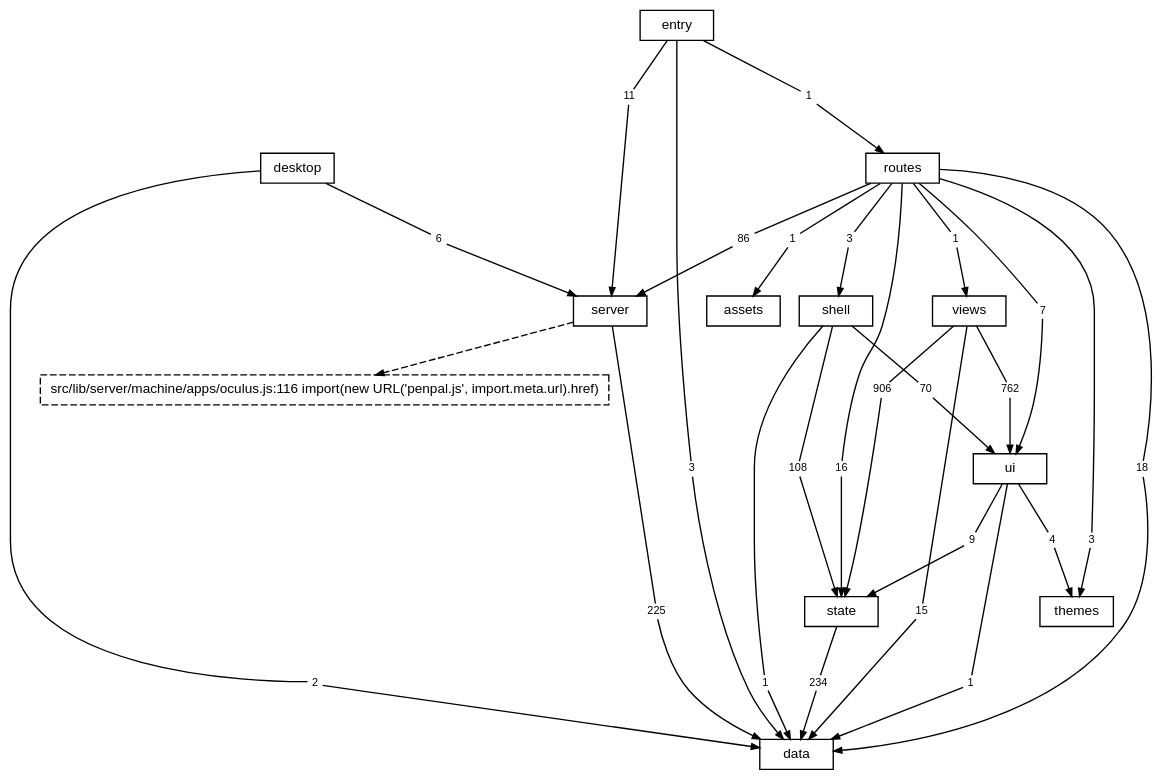
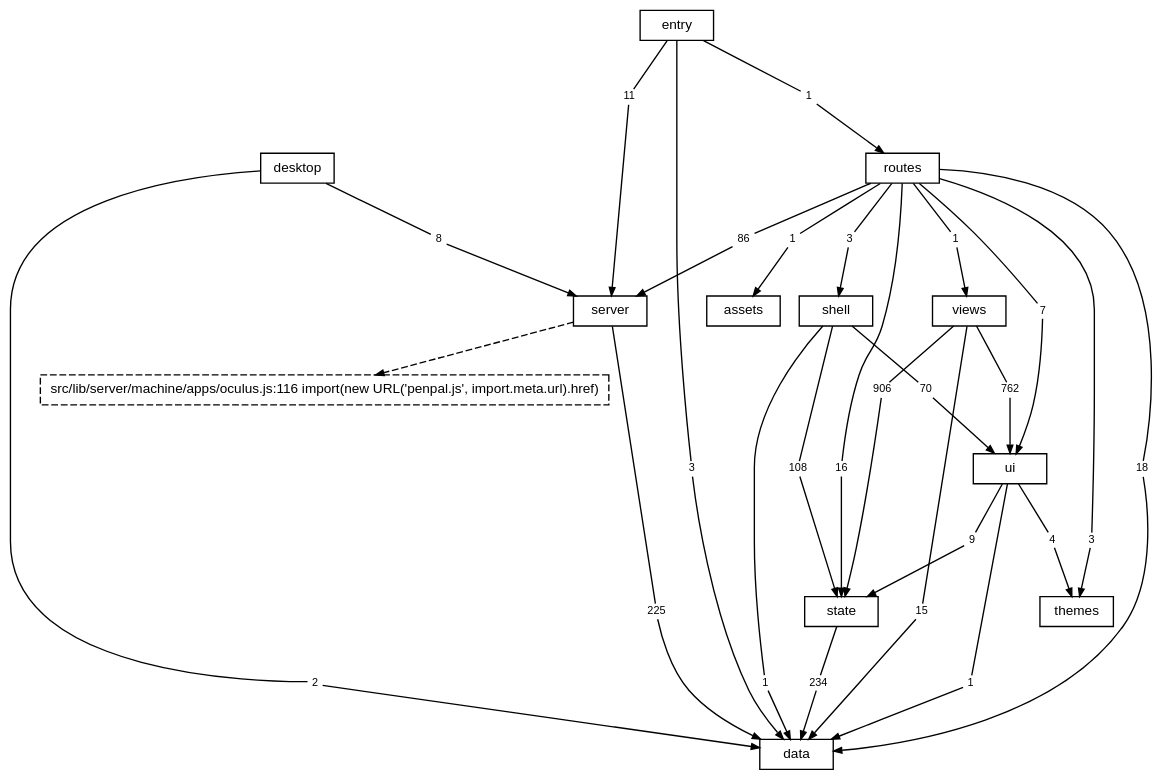
Before and after one commit to TheAxeC/oculus: the diagram in docs/diagrams/layers.dot, drawn with Graphviz. The commit also changed 32 other files, not shown here.

```diff
--- a/docs/diagrams/layers.dot
+++ b/docs/diagrams/layers.dot
@@ -1,90 +1,90 @@
 digraph layers {
     graph [bgcolor="transparent", rankdir=TB, newrank=true, fontname="Helvetica,Arial,sans-serif", fontsize=12, nodesep=0.2, ranksep=0.5];
     node [shape=box, color="black", fontcolor="black", fontname="Helvetica,Arial,sans-serif", fontsize=10, height=0.3, margin="0.12,0.04"];
     edge [color="black", fontcolor="black", fontname="Helvetica,Arial,sans-serif", fontsize=8, arrowsize=0.6];
     "data";
     "server";
     "state";
     "ui";
     "shell";
     "views";
     "themes";
     "routes";
     "desktop";
     "src" [label="entry"];
     "files: assets" [label="assets"];
     "? src/lib/server/machine/apps/oculus.js:116" [label="src/lib/server/machine/apps/oculus.js:116 import(new URL('penpal.js', import.meta.url).href)", style=dashed];
     "desktop to data" [label="2", shape=box, color="transparent", fontsize=8, width=0, height=0, margin="0.04,0.02"];
     "desktop" -> "desktop to data" [arrowhead=none];
     "desktop to data" -> "data" [];
-    "desktop to server" [label="6", shape=box, color="transparent", fontsize=8, width=0, height=0, margin="0.04,0.02"];
+    "desktop to server" [label="8", shape=box, color="transparent", fontsize=8, width=0, height=0, margin="0.04,0.02"];
     "desktop" -> "desktop to server" [arrowhead=none];
     "desktop to server" -> "server" [];
     "routes to data" [label="18", shape=box, color="transparent", fontsize=8, width=0, height=0, margin="0.04,0.02"];
     "routes" -> "routes to data" [arrowhead=none];
     "routes to data" -> "data" [];
     "routes to files: assets" [label="1", shape=box, color="transparent", fontsize=8, width=0, height=0, margin="0.04,0.02"];
     "routes" -> "routes to files: assets" [arrowhead=none];
     "routes to files: assets" -> "files: assets" [];
     "routes to server" [label="86", shape=box, color="transparent", fontsize=8, width=0, height=0, margin="0.04,0.02"];
     "routes" -> "routes to server" [arrowhead=none];
     "routes to server" -> "server" [];
     "routes to shell" [label="3", shape=box, color="transparent", fontsize=8, width=0, height=0, margin="0.04,0.02"];
     "routes" -> "routes to shell" [arrowhead=none];
     "routes to shell" -> "shell" [];
     "routes to state" [label="16", shape=box, color="transparent", fontsize=8, width=0, height=0, margin="0.04,0.02"];
     "routes" -> "routes to state" [arrowhead=none];
     "routes to state" -> "state" [];
     "routes to themes" [label="3", shape=box, color="transparent", fontsize=8, width=0, height=0, margin="0.04,0.02"];
     "routes" -> "routes to themes" [arrowhead=none];
     "routes to themes" -> "themes" [];
     "routes to ui" [label="7", shape=box, color="transparent", fontsize=8, width=0, height=0, margin="0.04,0.02"];
     "routes" -> "routes to ui" [arrowhead=none];
     "routes to ui" -> "ui" [];
     "routes to views" [label="1", shape=box, color="transparent", fontsize=8, width=0, height=0, margin="0.04,0.02"];
     "routes" -> "routes to views" [arrowhead=none];
     "routes to views" -> "views" [];
     "server to data" [label="225", shape=box, color="transparent", fontsize=8, width=0, height=0, margin="0.04,0.02"];
     "server" -> "server to data" [arrowhead=none];
     "server to data" -> "data" [];
     "shell to data" [label="1", shape=box, color="transparent", fontsize=8, width=0, height=0, margin="0.04,0.02"];
     "shell" -> "shell to data" [arrowhead=none];
     "shell to data" -> "data" [];
     "shell to state" [label="108", shape=box, color="transparent", fontsize=8, width=0, height=0, margin="0.04,0.02"];
     "shell" -> "shell to state" [arrowhead=none];
     "shell to state" -> "state" [];
     "shell to ui" [label="70", shape=box, color="transparent", fontsize=8, width=0, height=0, margin="0.04,0.02"];
     "shell" -> "shell to ui" [arrowhead=none];
     "shell to ui" -> "ui" [];
     "src to data" [label="3", shape=box, color="transparent", fontsize=8, width=0, height=0, margin="0.04,0.02"];
     "src" -> "src to data" [arrowhead=none];
     "src to data" -> "data" [];
     "src to routes" [label="1", shape=box, color="transparent", fontsize=8, width=0, height=0, margin="0.04,0.02"];
     "src" -> "src to routes" [arrowhead=none];
     "src to routes" -> "routes" [];
     "src to server" [label="11", shape=box, color="transparent", fontsize=8, width=0, height=0, margin="0.04,0.02"];
     "src" -> "src to server" [arrowhead=none];
     "src to server" -> "server" [];
     "state to data" [label="234", shape=box, color="transparent", fontsize=8, width=0, height=0, margin="0.04,0.02"];
     "state" -> "state to data" [arrowhead=none];
     "state to data" -> "data" [];
     "ui to data" [label="1", shape=box, color="transparent", fontsize=8, width=0, height=0, margin="0.04,0.02"];
     "ui" -> "ui to data" [arrowhead=none];
     "ui to data" -> "data" [];
     "ui to state" [label="9", shape=box, color="transparent", fontsize=8, width=0, height=0, margin="0.04,0.02"];
     "ui" -> "ui to state" [arrowhead=none];
     "ui to state" -> "state" [];
     "ui to themes" [label="4", shape=box, color="transparent", fontsize=8, width=0, height=0, margin="0.04,0.02"];
     "ui" -> "ui to themes" [arrowhead=none];
     "ui to themes" -> "themes" [];
     "views to data" [label="15", shape=box, color="transparent", fontsize=8, width=0, height=0, margin="0.04,0.02"];
     "views" -> "views to data" [arrowhead=none];
     "views to data" -> "data" [];
     "views to state" [label="906", shape=box, color="transparent", fontsize=8, width=0, height=0, margin="0.04,0.02"];
     "views" -> "views to state" [arrowhead=none];
     "views to state" -> "state" [];
     "views to ui" [label="762", shape=box, color="transparent", fontsize=8, width=0, height=0, margin="0.04,0.02"];
     "views" -> "views to ui" [arrowhead=none];
     "views to ui" -> "ui" [];
     "server" -> "? src/lib/server/machine/apps/oculus.js:116" [style=dashed];
 }
```
